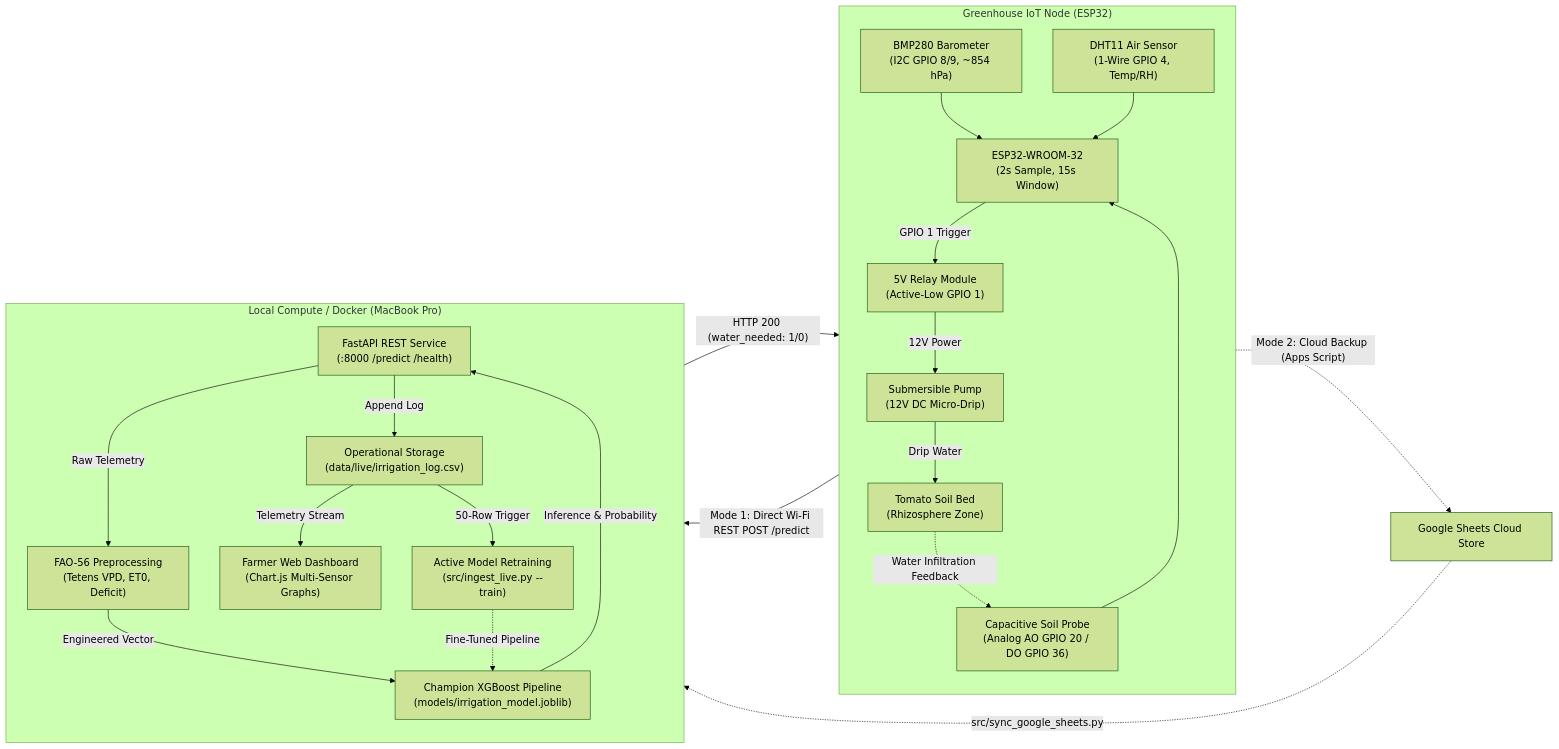
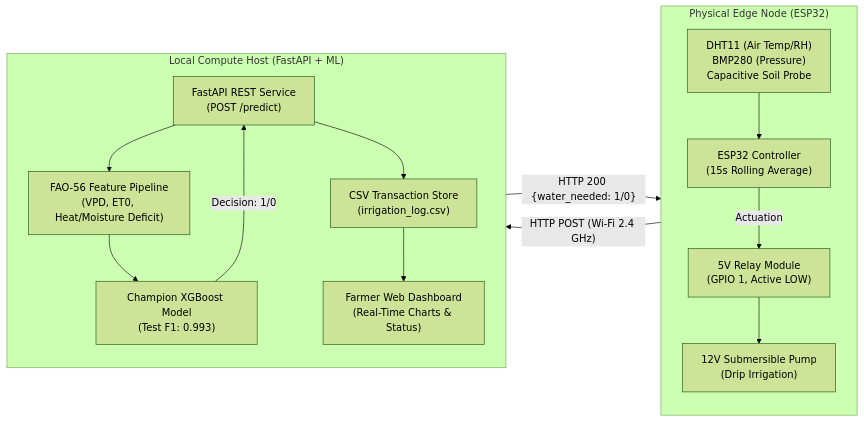
Before and after one commit to pramodgiri2468/FYP_Smart_Irrigation_Tomato: the diagram in README.md, drawn with Mermaid (forest theme). The commit also changed other lines of this file and 91 other files, not shown here.

````diff
--- a/README.md
+++ b/README.md
@@ -318,44 +186,31 @@
 ```mermaid
 flowchart LR
-  subgraph farm["Greenhouse IoT Node (ESP32)"]
+  subgraph node["Physical Edge Node (ESP32)"]
     direction TB
-    bmp["BMP280 Barometer<br/>(I2C GPIO 8/9, ~854 hPa)"]
-    dht["DHT11 Air Sensor<br/>(1-Wire GPIO 4, Temp/RH)"]
-    soil["Capacitive Soil Probe<br/>(Analog AO GPIO 20 / DO GPIO 36)"]
-    esp["ESP32-WROOM-32<br/>(2s Sample, 15s Window)"]
-    relay["5V Relay Module<br/>(Active-Low GPIO 1)"]
-    pump["Submersible Pump<br/>(12V DC Micro-Drip)"]
-    bed["Tomato Soil Bed<br/>(Rhizosphere Zone)"]
-
-    bmp --> esp
-    dht --> esp
-    soil --> esp
-    esp -->|"GPIO 1 Trigger"| relay
-    relay -->|"12V Power"| pump
-    pump -->|"Drip Water"| bed
-    bed -.->|"Water Infiltration Feedback"| soil
+    sensors["DHT11 (Air Temp/RH)<br/>BMP280 (Pressure)<br/>Capacitive Soil Probe"]
+    esp["ESP32 Controller<br/>(15s Rolling Average)"]
+    relay["5V Relay Module<br/>(GPIO 1, Active LOW)"]
+    pump["12V Submersible Pump<br/>(Drip Irrigation)"]
+    sensors --> esp
+    esp -->|Actuation| relay
+    relay --> pump
   end
 
-  esp -->|"Mode 1: Direct Wi-Fi REST POST /predict"| api
-  api -->|"HTTP 200 (water_needed: 1/0)"| esp
-  esp -.->|"Mode 2: Cloud Backup (Apps Script)"| sheets["Google Sheets Cloud Store"]
-  sheets -.->|"src/sync_google_sheets.py"| api
+  subgraph backend["Local Compute Host (FastAPI + ML)"]
+    direction TB
+    api["FastAPI REST Service<br/>(POST /predict)"]
+    fe["FAO-56 Feature Pipeline<br/>(VPD, ET0, Heat/Moisture Deficit)"]
+    xgb["Champion XGBoost Model<br/>(Test F1: 0.993)"]
+    storage["CSV Transaction Store<br/>(irrigation_log.csv)"]
+    dash["Farmer Web Dashboard<br/>(Real-Time Charts & Status)"]
+    
+    api --> fe
+    fe --> xgb
+    xgb -->|Decision: 1/0| api
+    api --> storage
+    storage --> dash
+  end
 
-  subgraph mac["Local Compute / Docker (MacBook Pro)"]
-    direction TB
-    api["FastAPI REST Service<br/>(:8000 /predict /health)"]
-    csv["Operational Storage<br/>(data/live/irrigation_log.csv)"]
-    prep["FAO-56 Preprocessing<br/>(Tetens VPD, ET0, Deficit)"]
-    model["Champion XGBoost Pipeline<br/>(models/irrigation_model.joblib)"]
-    dash["Farmer Web Dashboard<br/>(Chart.js Multi-Sensor Graphs)"]
-    retrain["Active Model Retraining<br/>(src/ingest_live.py --train)"]
-
-    api -->|"Append Log"| csv
-    api -->|"Raw Telemetry"| prep
-    prep -->|"Engineered Vector"| model
-    model -->|"Inference & Probability"| api
-    csv -->|"Telemetry Stream"| dash
-    csv -->|"50-Row Trigger"| retrain
-    retrain -.->|"Fine-Tuned Pipeline"| model
-  end
+  esp -->|"HTTP POST (Wi-Fi 2.4 GHz)"| api
+  api -->|"HTTP 200 {water_needed: 1/0}"| esp
 ```
````
